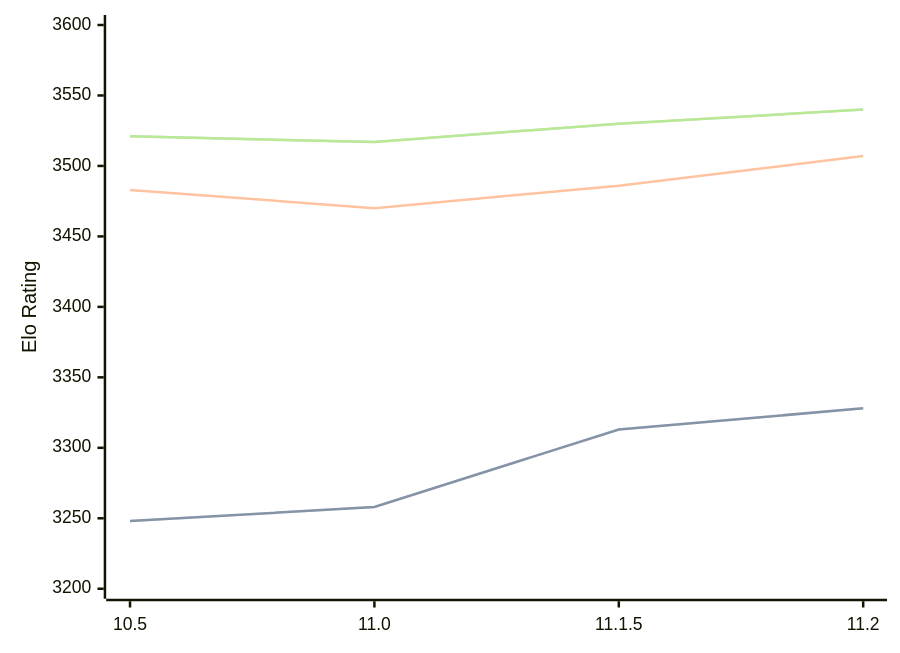
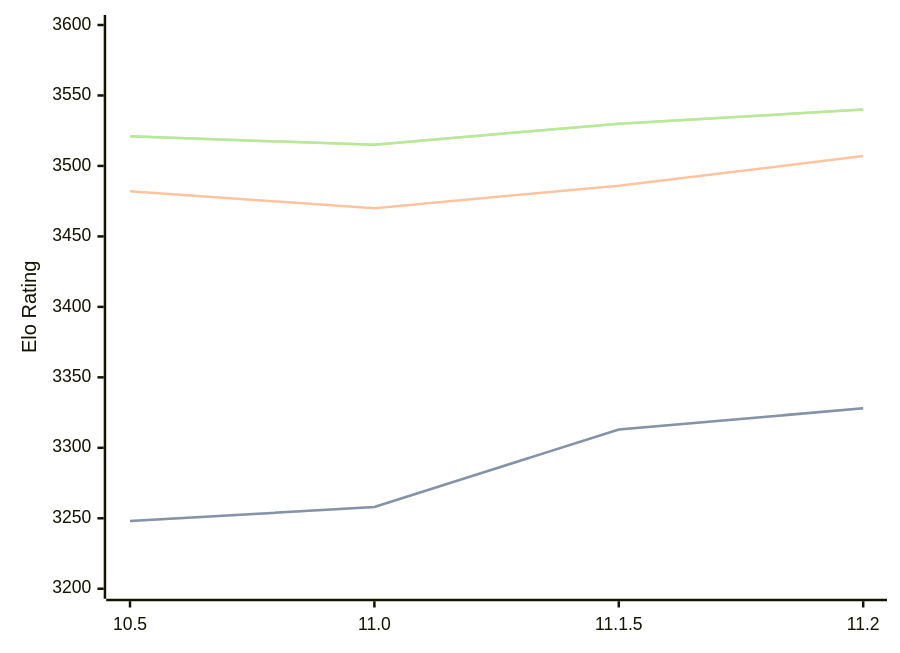
Before and after one commit to computer-chess-index/cci: the diagram in engines/Lizard.md, drawn with Mermaid. The commit also changed other lines of this file, not shown here.

Commit message:
Update CCI Ratings (ELO VLTC) - 2026-03-30

````diff
--- a/engines/Lizard.md
+++ b/engines/Lizard.md
@@ -46,11 +46,11 @@
 ```mermaid
 %%{init: {"theme":"base","themeVariables":{"seriesColors:['#a3a3a3','#222221','#faa371']}}}%%
 xychart-beta
   x-axis ["10.5", "11.0", "11.1.5", "11.2"]
   y-axis "Elo Rating" 3200 --> 3600
   line "STC (8.0+0.08s)" [3248, 3258, 3313, 3328]
   line "STC (8.0+0.08s)" [3248, 3258, 3313, 3328]
-  line "LTC (60.0+0.60s)" [3483, 3470, 3486, 3507]
-  line "VLTC (2m24s+1.12s)" [3521, 3517, 3530, 3540]
-  line "VLTC (2m24s+1.12s)" [3521, 3517, 3530, 3540]
+  line "LTC (60.0+0.60s)" [3482, 3470, 3486, 3507]
+  line "VLTC (2m24s+1.12s)" [3521, 3515, 3530, 3540]
+  line "VLTC (2m24s+1.12s)" [3521, 3515, 3530, 3540]
 ```
````
